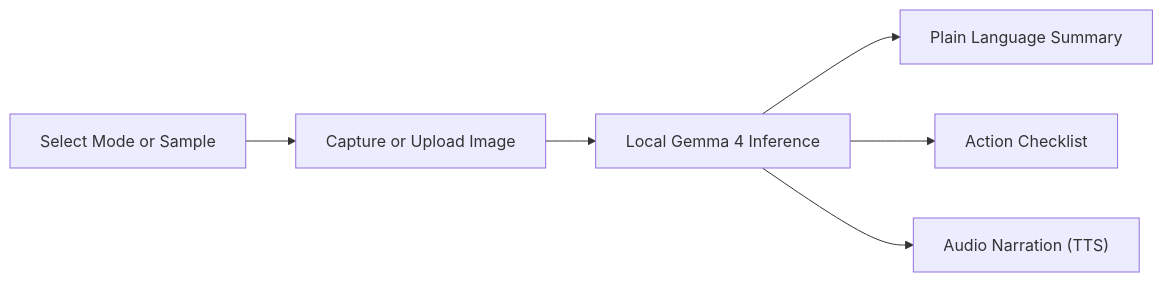
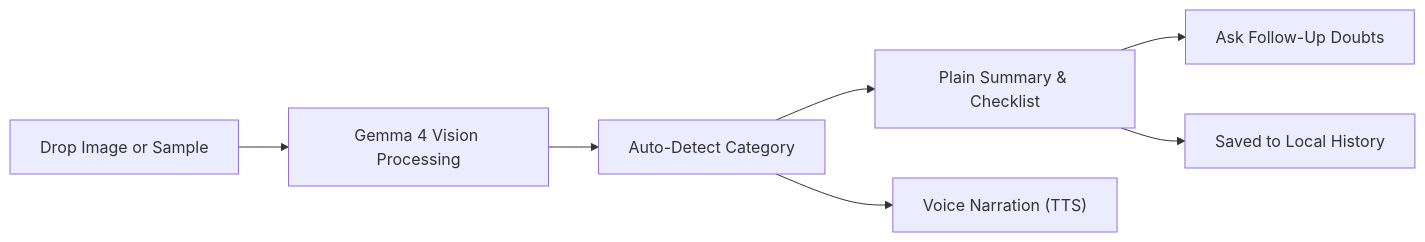
One commit to Carbon-7/HacktoberFest-26 changed the first of 2 diagrams in README.md. Above: the diagram before and after it, drawn with Mermaid. The commit also changed other lines of this file and 11 other files, not shown here.

Commit message:
feat: implement document auto-detection, follow-up Q&A, scan history, and Chrome extension companion

````diff
--- a/README.md
+++ b/README.md
@@ -58,8 +63,9 @@
 ```mermaid
 graph LR
-    A["Select Mode or Sample"] --> B["Capture or Upload Image"]
-    B --> C["Local Gemma 4 Inference"]
-    C --> D["Plain Language Summary"]
-    C --> E["Action Checklist"]
-    C --> F["Audio Narration (TTS)"]
+    A["Drop Image or Sample"] --> B["Gemma 4 Vision Processing"]
+    B --> C["Auto-Detect Category"]
+    C --> D["Plain Summary & Checklist"]
+    C --> E["Voice Narration (TTS)"]
+    D --> F["Ask Follow-Up Doubts"]
+    D --> G["Saved to Local History"]
 ```
````
